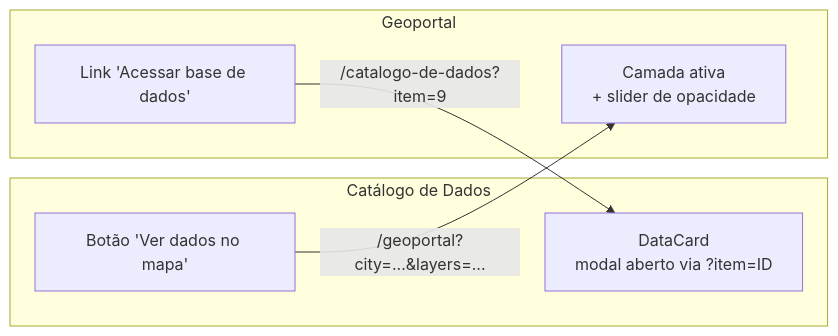
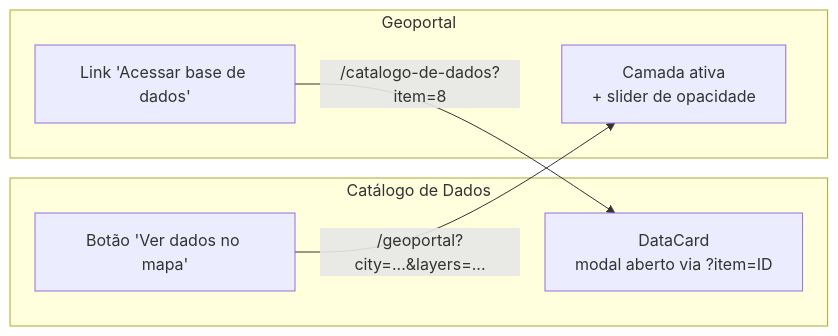
One commit to portalcidados/portal-cidados changed the diagram in docs/INDEX.md. Above: the diagram before and after it, drawn with Mermaid. The commit also changed 4 other files, not shown here.

````diff
--- a/docs/INDEX.md
+++ b/docs/INDEX.md
@@ -77,15 +77,15 @@
 ```mermaid
 graph LR
     subgraph "Catálogo de Dados"
         C["DataCard\nmodal aberto via ?item=ID"]
         CB["Botão 'Ver dados no mapa'"]
     end
 
     subgraph "Geoportal"
         G["Camada ativa\n+ slider de opacidade"]
         GL["Link 'Acessar base de dados'"]
     end
 
-    GL -->|"/catalogo-de-dados?item=9"| C
+    GL -->|"/catalogo-de-dados?item=8"| C
     CB -->|"/geoportal?city=...&layers=..."| G
 ```
````
